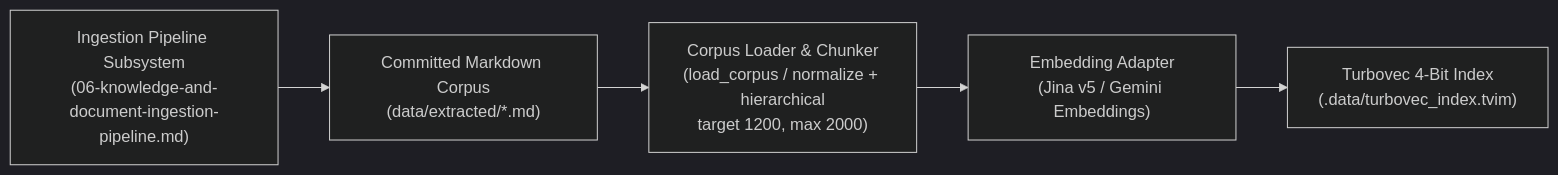
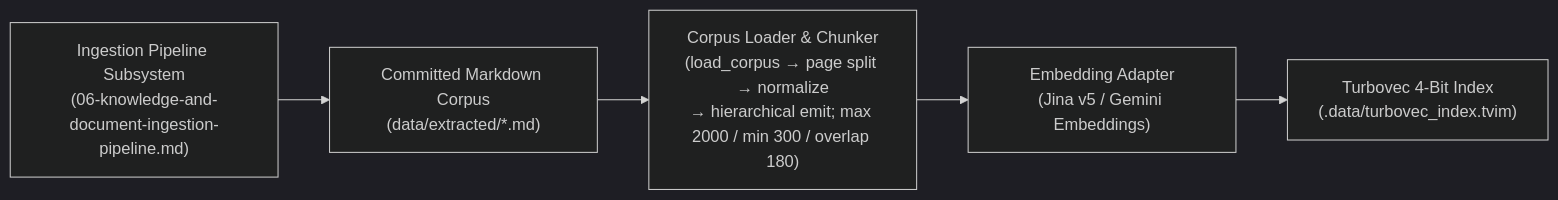
Before and after one commit to MathematicGuy/EMAIL-AGENT-v1: the first of 2 diagrams in docs/architectures/current-architectures/05-rag-architecture.md, drawn with Mermaid (dark theme). The commit also changed other lines of this file, not shown here.

First line of the commit message:
docs(rag): sync architecture doc with structure-aware chunking

````diff
--- a/docs/architectures/current-architectures/05-rag-architecture.md
+++ b/docs/architectures/current-architectures/05-rag-architecture.md
@@ -32,8 +32,8 @@
 ```mermaid
 flowchart LR
     INGEST["Ingestion Pipeline Subsystem<br/>(06-knowledge-and-document-ingestion-pipeline.md)"] --> MD["Committed Markdown Corpus<br/>(data/extracted/*.md)"]
-    MD --> LOADER["Corpus Loader & Chunker<br/>(load_corpus / normalize + hierarchical<br/>target 1200, max 2000)"]
+    MD --> LOADER["Corpus Loader & Chunker<br/>(load_corpus → page split → normalize<br/>→ hierarchical emit; max 2000 / min 300 / overlap 180)"]
     LOADER --> EMBED["Embedding Adapter<br/>(Jina v5 / Gemini Embeddings)"]
     
     EMBED --> STORE_TURBO["Turbovec 4-Bit Index<br/>(.data/turbovec_index.tvim)"]
 ```
````
